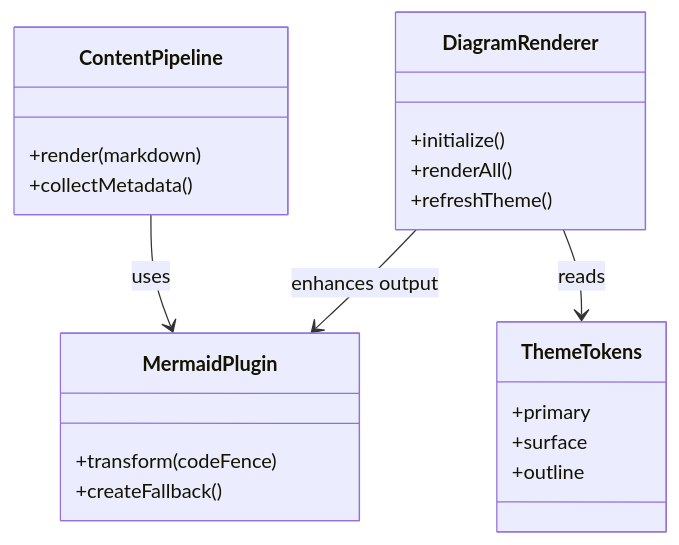
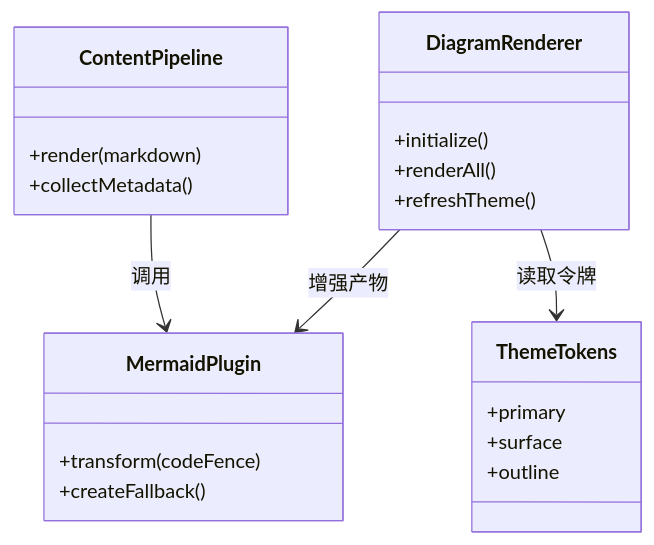
The fourth of 14 diagrams in src/content/posts/markdown-mermaid.md (Dawn6666666/Shirone), drawn with Mermaid before and after one commit. The commit also changed other lines of this file and 28 other files, not shown here.

````diff
--- a/src/content/posts/markdown-mermaid.md
+++ b/src/content/posts/markdown-mermaid.md
@@ -91,26 +91,26 @@
 ```mermaid
 classDiagram
-    accTitle: Markdown rendering modules
-    accDescr: The content pipeline uses a Mermaid plugin to create fallback markup, which the client renderer later enhances into an SVG.
+    accTitle: Markdown 渲染模块类图
+    accDescr: 内容管道利用 Mermaid 插件生成兜底标签，客户端渲染器随后将其增强为 SVG 图表。
     class ContentPipeline {
         +render(markdown)
         +collectMetadata()
     }
     class MermaidPlugin {
         +transform(codeFence)
         +createFallback()
     }
     class DiagramRenderer {
         +initialize()
         +renderAll()
         +refreshTheme()
     }
     class ThemeTokens {
         +primary
         +surface
         +outline
     }
-    ContentPipeline --> MermaidPlugin : uses
-    DiagramRenderer --> MermaidPlugin : enhances output
-    DiagramRenderer --> ThemeTokens : reads
+    ContentPipeline --> MermaidPlugin : 调用
+    DiagramRenderer --> MermaidPlugin : 增强产物
+    DiagramRenderer --> ThemeTokens : 读取令牌
 ```
````
